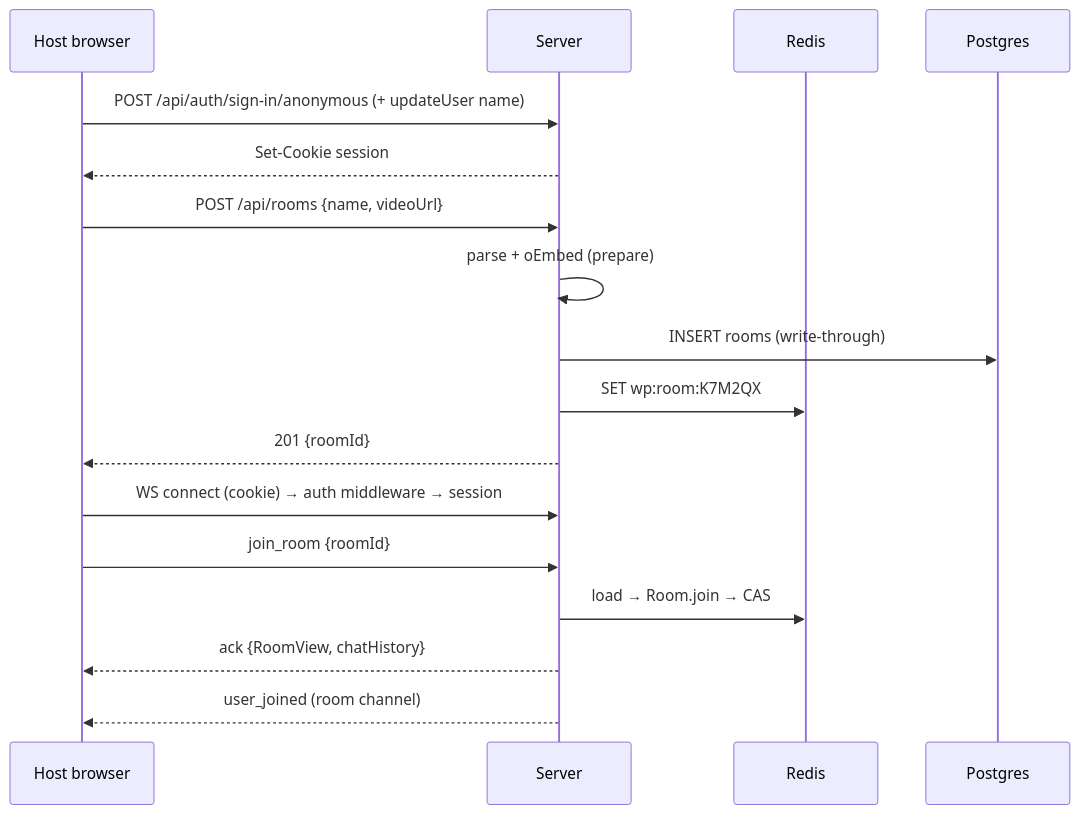
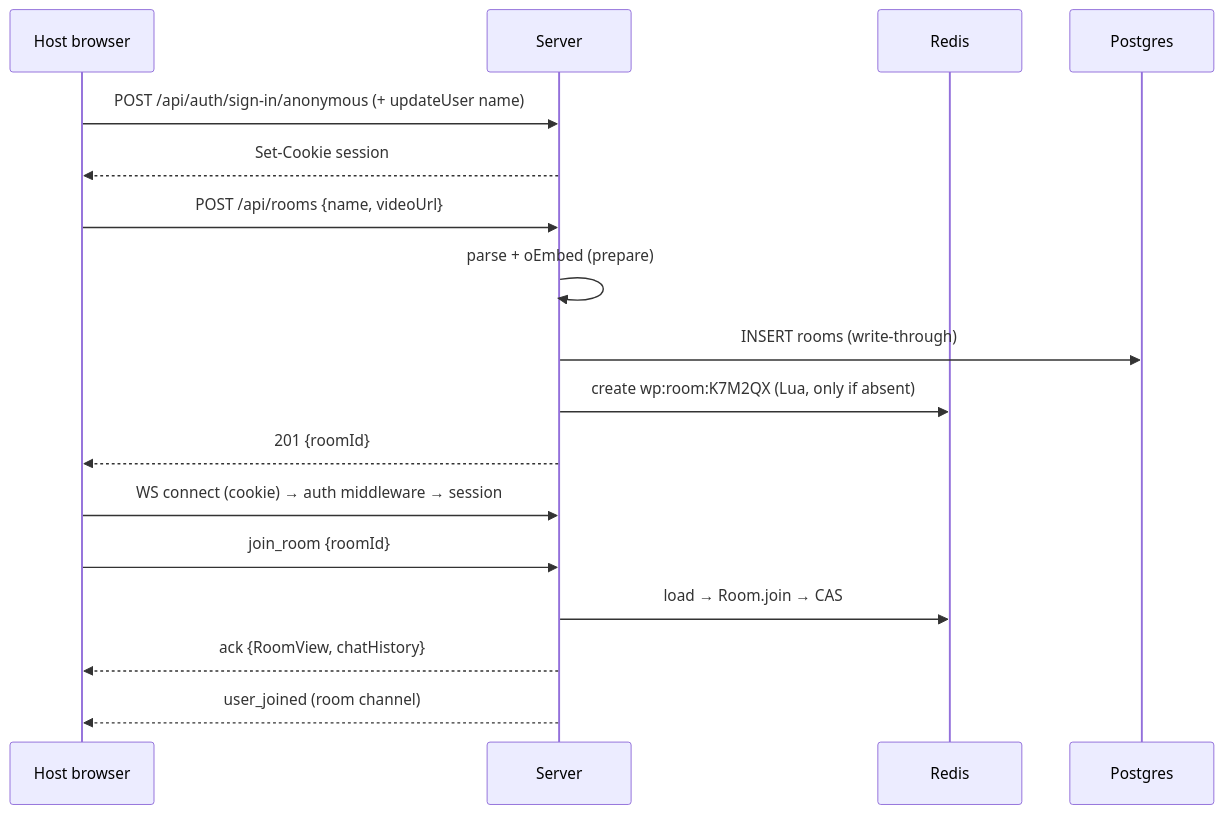
One commit to carbonFibreCode/yt-watch-party changed the first of 4 diagrams in LLD.md. Above: the diagram before and after it, drawn with Mermaid. The commit also changed other lines of this file and 8 other files, not shown here.

First line of the commit message:
docs: README, architecture overview, code walkthrough, screenshots

````diff
--- a/LLD.md
+++ b/LLD.md
@@ -1285,19 +1287,19 @@
 ```mermaid
 sequenceDiagram
   participant H as Host browser
   participant S as Server
   participant R as Redis
   participant P as Postgres
   H->>S: POST /api/auth/sign-in/anonymous (+ updateUser name)
   S-->>H: Set-Cookie session
   H->>S: POST /api/rooms {name, videoUrl}
   S->>S: parse + oEmbed (prepare)
   S->>P: INSERT rooms (write-through)
-  S->>R: SET wp:room:K7M2QX
+  S->>R: create wp:room:K7M2QX (Lua, only if absent)
   S-->>H: 201 {roomId}
   H->>S: WS connect (cookie) → auth middleware → session
   H->>S: join_room {roomId}
   S->>R: load → Room.join → CAS
   S-->>H: ack {RoomView, chatHistory}
   S-->>H: user_joined (room channel)
 ```
````
